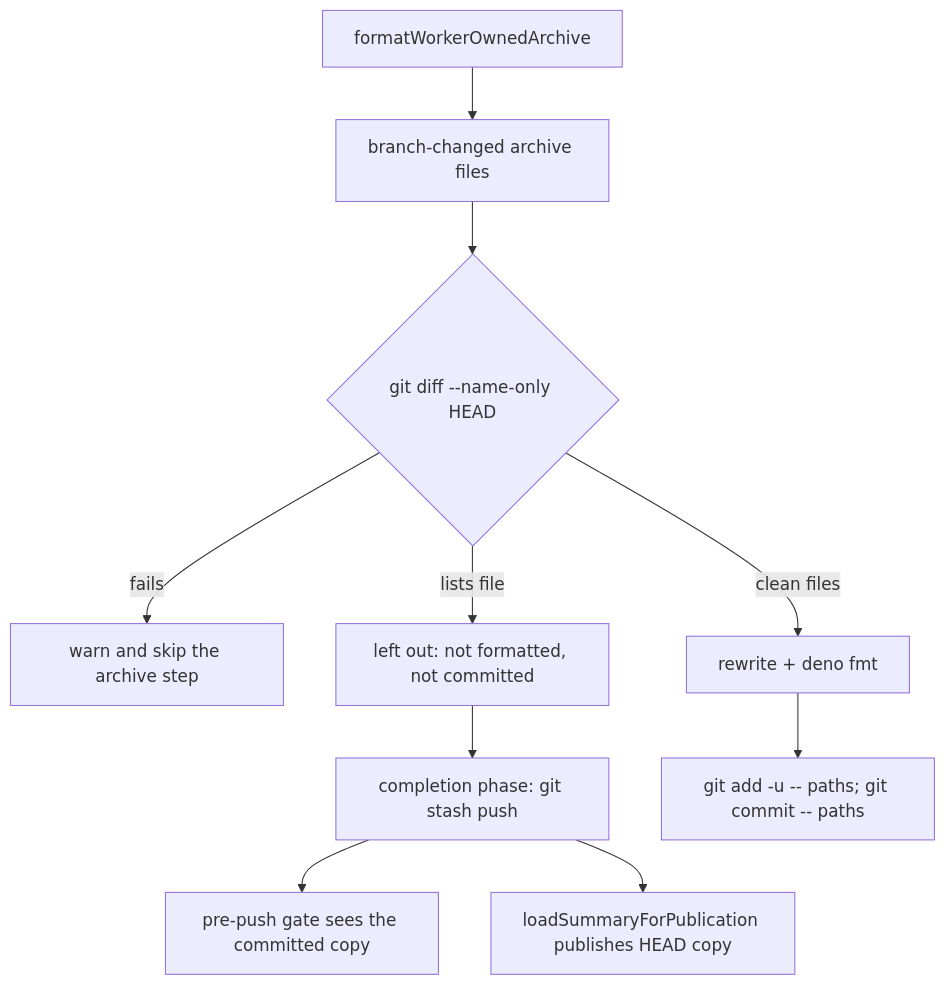
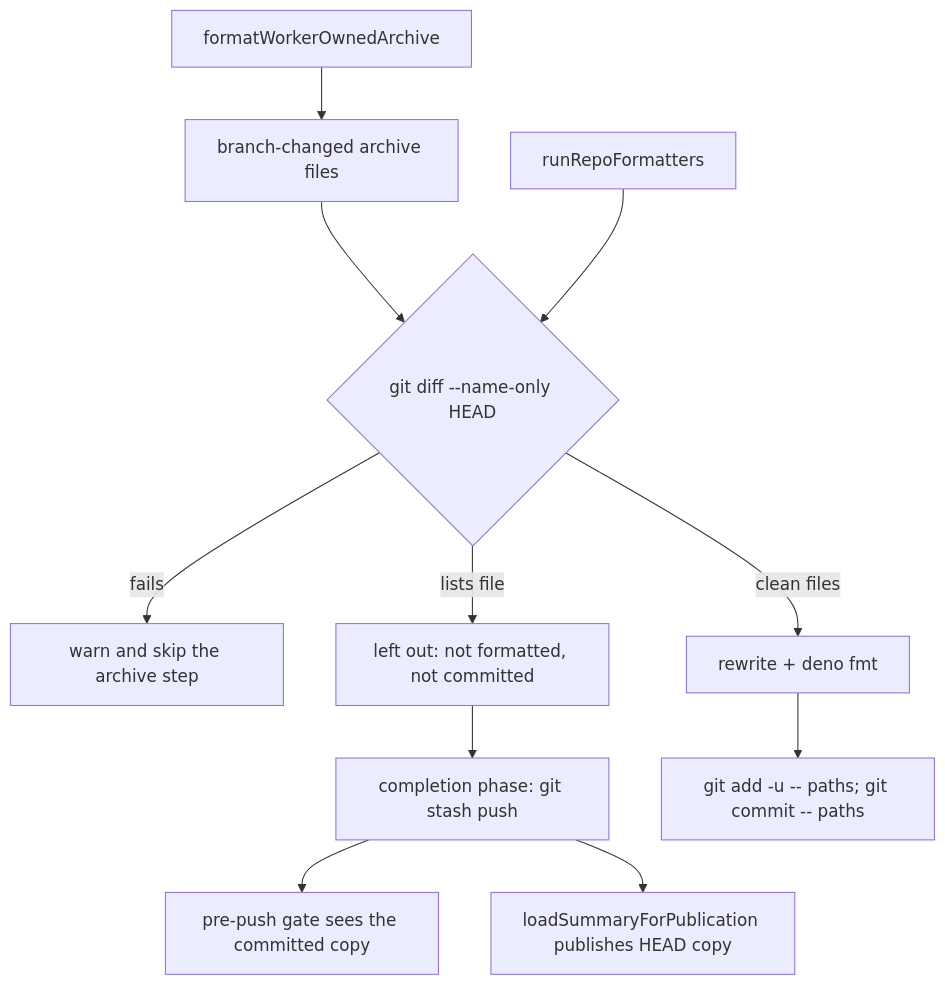
The diagram in docs/archive/pr-summaries/pr-summary-5328.md (stSoftwareAU/VibeCoder), drawn with Mermaid before and after one commit. The commit also changed other lines of this file and 4 other files, not shown here.

````diff
--- a/docs/archive/pr-summaries/pr-summary-5328.md
+++ b/docs/archive/pr-summaries/pr-summary-5328.md
@@ -78,12 +84,13 @@
 ```mermaid
 flowchart TD
     A[formatWorkerOwnedArchive] --> B[branch-changed archive files]
     B --> C{git diff --name-only HEAD}
     C -- fails --> D[warn and skip the archive step]
+    R[runRepoFormatters] --> C
     C -- lists file --> E[left out: not formatted, not committed]
     E --> I["completion phase: git stash push"]
     I --> J[pre-push gate sees the committed copy]
     C -- clean files --> F[rewrite + deno fmt]
     F --> G["git add -u -- paths; git commit -- paths"]
     I --> H[loadSummaryForPublication publishes HEAD copy]
 ```
````
